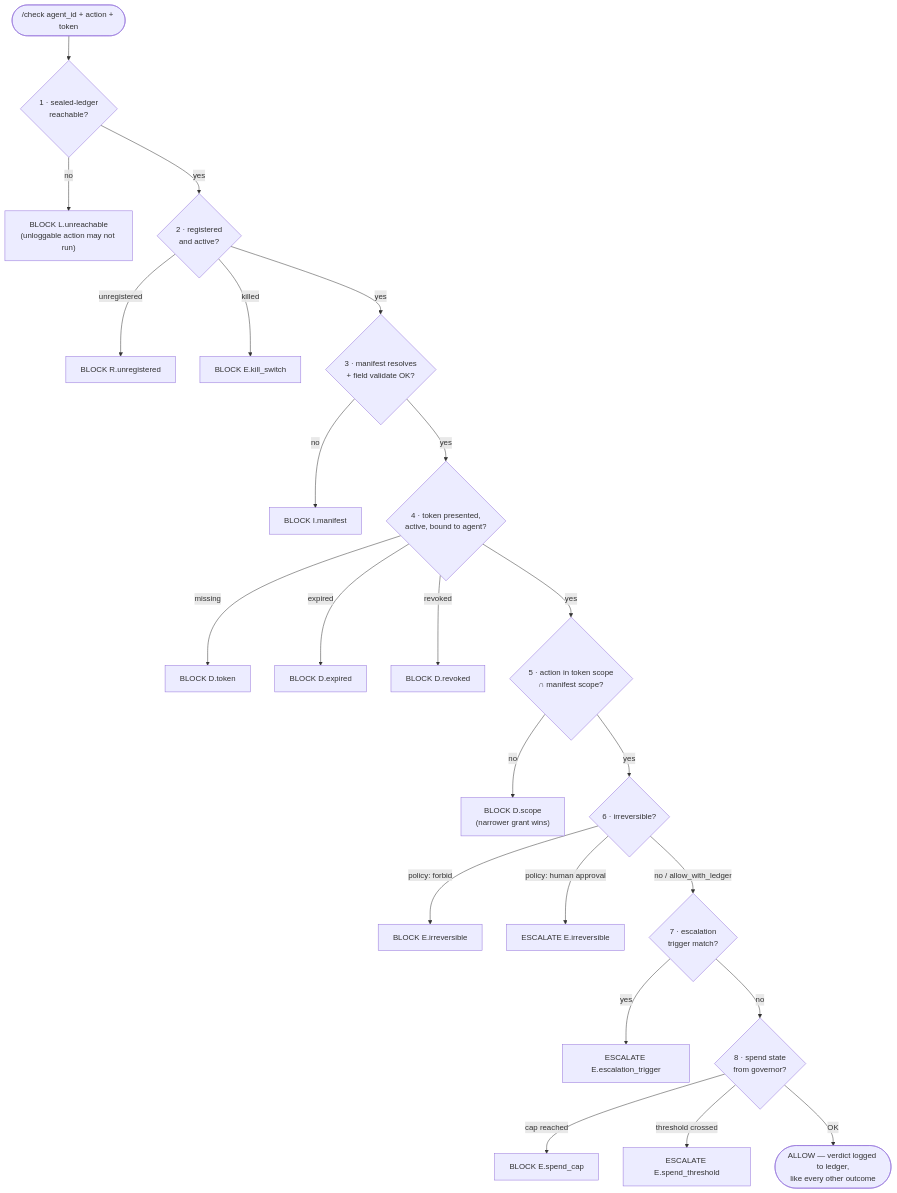
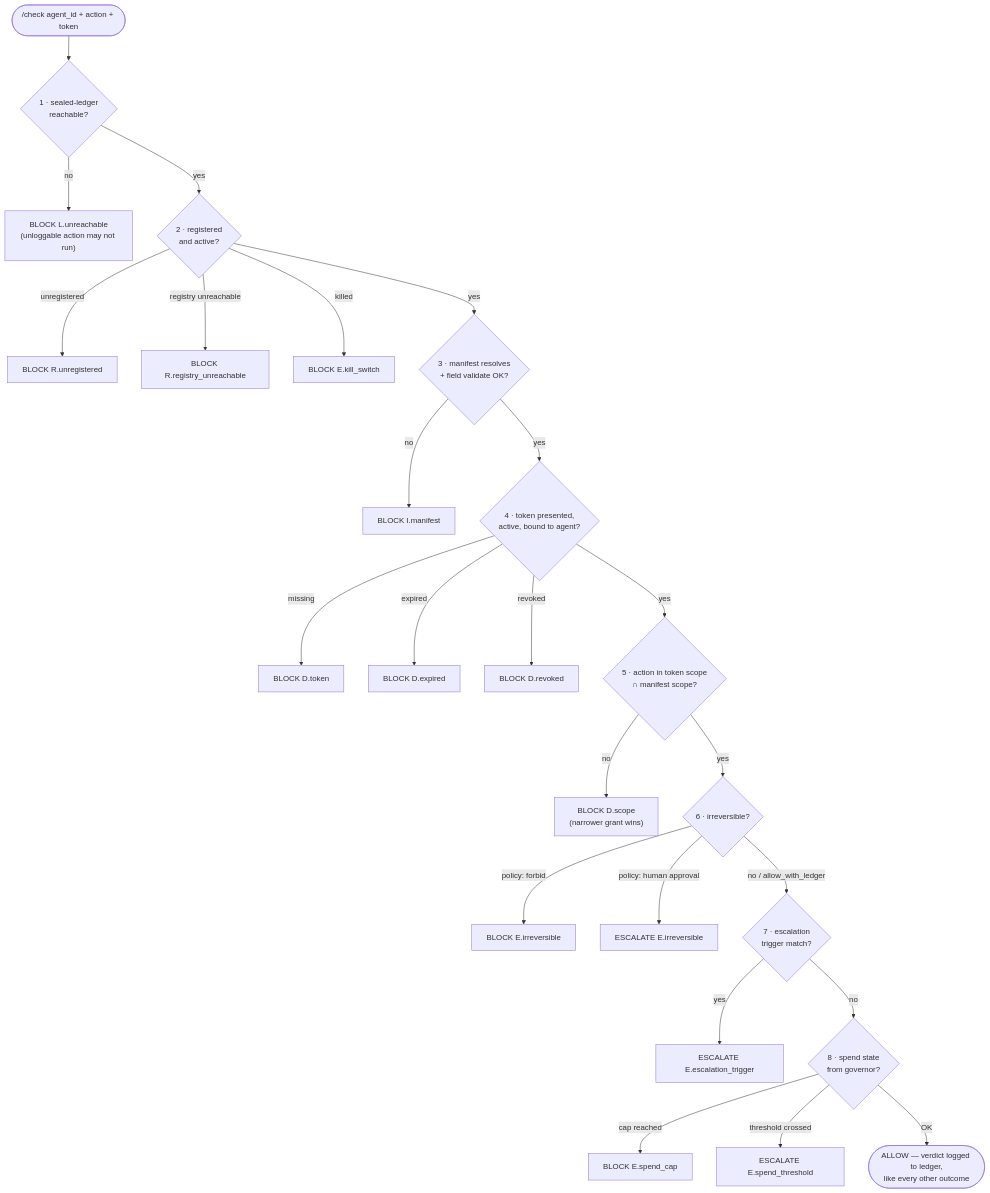
The third of 4 diagrams in docs/ARCHITECTURE.md (SpinStateLabs/field-platform), drawn with Mermaid before and after one commit. The commit also changed 12 other files, not shown here.

````diff
--- a/docs/ARCHITECTURE.md
+++ b/docs/ARCHITECTURE.md
@@ -161,25 +161,26 @@
 ```mermaid
 flowchart TD
     START(["/check agent_id + action + token"]) --> C1{"1 · sealed-ledger<br/>reachable?"}
     C1 -- no --> B1["BLOCK L.unreachable<br/>(unloggable action may not run)"]
     C1 -- yes --> C2{"2 · registered<br/>and active?"}
     C2 -- "unregistered" --> B2["BLOCK R.unregistered"]
+    C2 -- "registry unreachable" --> B2b["BLOCK R.registry_unreachable"]
     C2 -- killed --> B3["BLOCK E.kill_switch"]
     C2 -- yes --> C3{"3 · manifest resolves<br/>+ field validate OK?"}
     C3 -- no --> B4["BLOCK I.manifest"]
     C3 -- yes --> C4{"4 · token presented,<br/>active, bound to agent?"}
     C4 -- missing --> B5["BLOCK D.token"]
     C4 -- expired --> B6["BLOCK D.expired"]
     C4 -- revoked --> B7["BLOCK D.revoked"]
     C4 -- yes --> C5{"5 · action in token scope<br/>∩ manifest scope?"}
     C5 -- no --> B8["BLOCK D.scope<br/>(narrower grant wins)"]
     C5 -- yes --> C6{"6 · irreversible?"}
     C6 -- "policy: forbid" --> B9["BLOCK E.irreversible"]
     C6 -- "policy: human approval" --> E1["ESCALATE E.irreversible"]
     C6 -- "no / allow_with_ledger" --> C7{"7 · escalation<br/>trigger match?"}
     C7 -- yes --> E2["ESCALATE E.escalation_trigger"]
     C7 -- no --> C8{"8 · spend state<br/>from governor?"}
     C8 -- "cap reached" --> B10["BLOCK E.spend_cap"]
     C8 -- "threshold crossed" --> E3["ESCALATE E.spend_threshold"]
     C8 -- OK --> ALLOW(["ALLOW — verdict logged to ledger,<br/>like every other outcome"])
 ```
````
